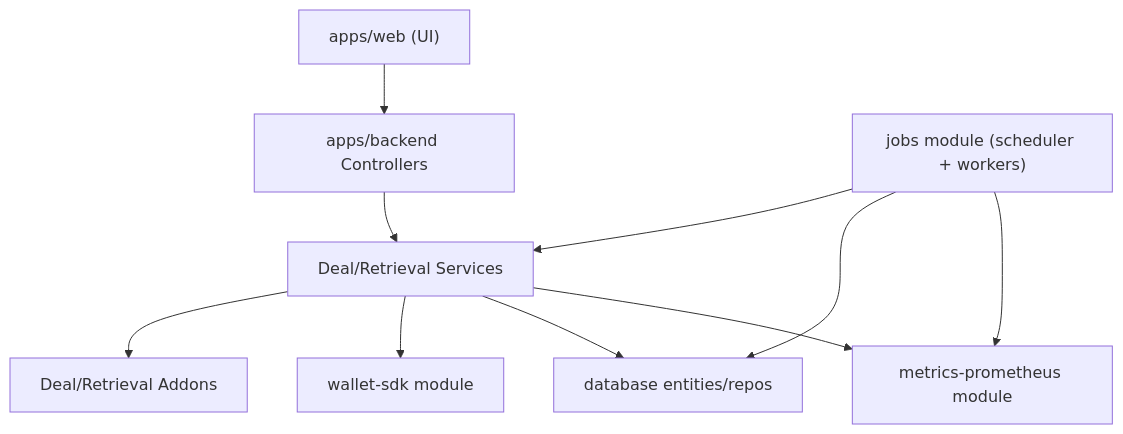
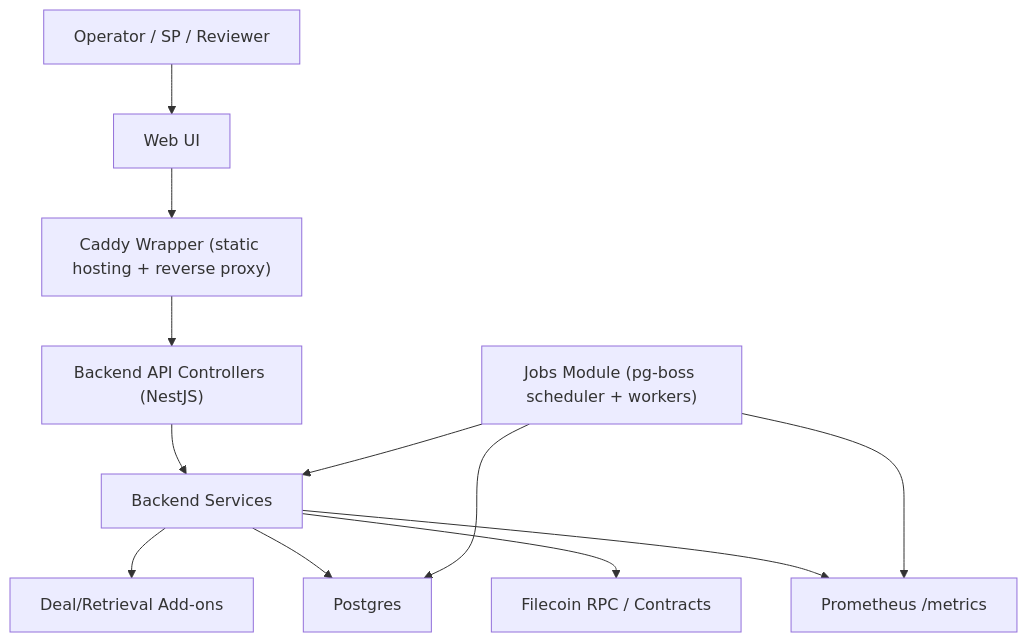
The diagram in docs/production-operations.md (FilOzone/dealbot), drawn with Mermaid before and after one commit. The commit also changed other lines of this file, not shown here.

````diff
--- a/docs/production-operations.md
+++ b/docs/production-operations.md
@@ -34,12 +14,14 @@
 ```mermaid
 graph TD
-    Web["apps/web (UI)"] --> ApiControllers["apps/backend Controllers"]
-    ApiControllers --> ApiServices["Deal/Retrieval Services"]
-    ApiServices --> Addons["Deal/Retrieval Addons"]
-    ApiServices --> Wallet["wallet-sdk module"]
-    ApiServices --> Db["database entities/repos"]
-    Jobs["jobs module (scheduler + workers)"] --> ApiServices
+    User["Operator / SP / Reviewer"] --> WebUI["Web UI"]
+    WebUI --> Caddy["Caddy Wrapper (static hosting + reverse proxy)"]
+    Caddy --> ApiControllers["Backend API Controllers (NestJS)"]
+    ApiControllers --> ApiServices["Backend Services"]
+    ApiServices --> Addons["Deal/Retrieval Add-ons"]
+    ApiServices --> Db["Postgres"]
+    ApiServices --> Wallet["Filecoin RPC / Contracts"]
+    Jobs["Jobs Module (pg-boss scheduler + workers)"] --> ApiServices
     Jobs --> Db
-    Jobs --> Metrics["metrics-prometheus module"]
-    ApiServices --> Metrics
+    ApiServices --> Metrics["Prometheus /metrics"]
+    Jobs --> Metrics
 ```
````
